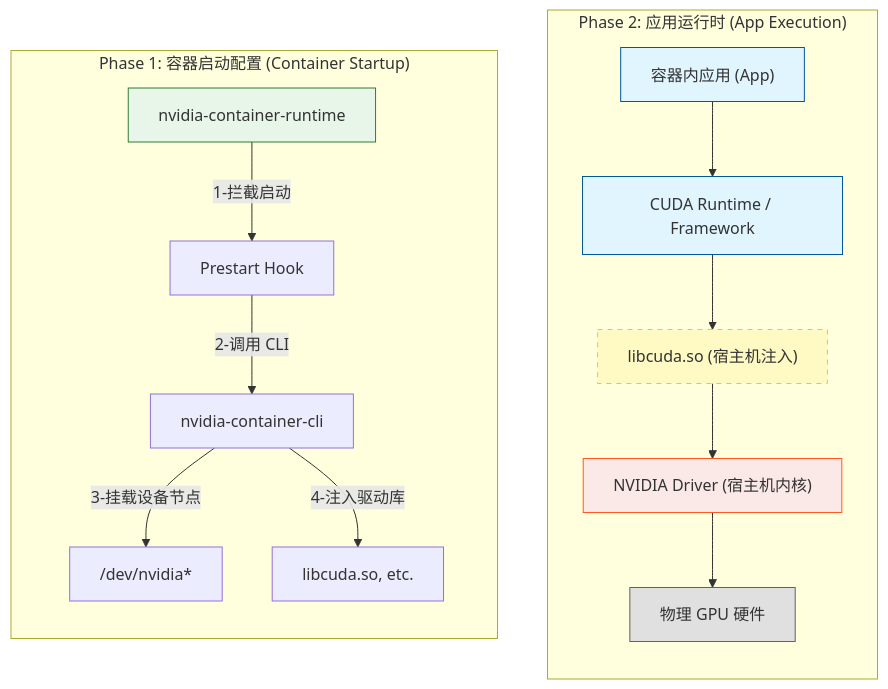
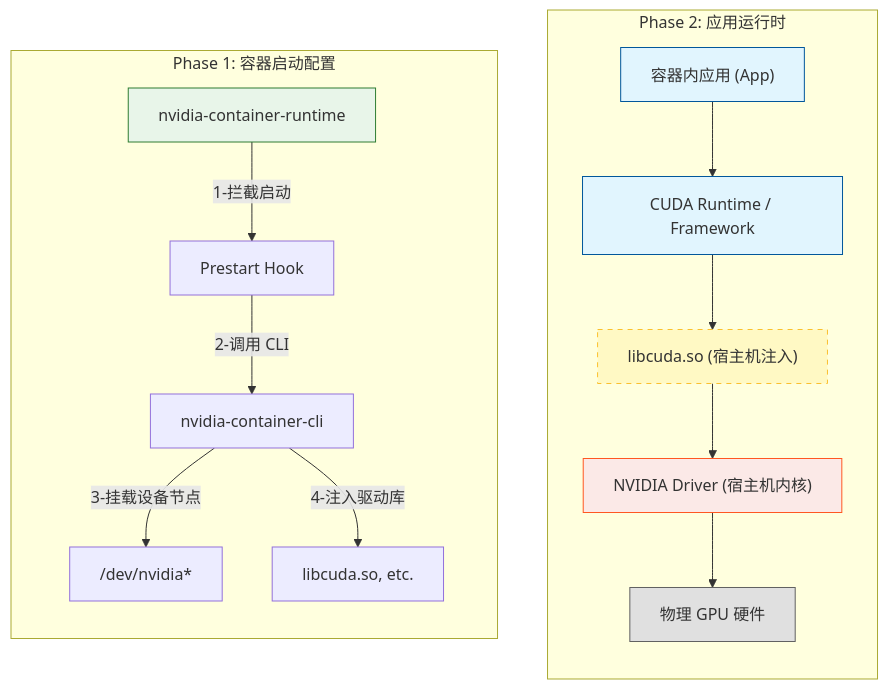
One commit to ForceInjection/AI-fundamentals changed the diagram in 02_gpu_programming/environment/nvidia_container_setup.md. Above: the diagram before and after it, drawn with Mermaid. The commit also changed other lines of this file, not shown here.

Commit message:
change title

````diff
--- a/02_gpu_programming/environment/nvidia_container_setup.md
+++ b/02_gpu_programming/environment/nvidia_container_setup.md
@@ -212,28 +212,28 @@
 ```mermaid
 graph LR
-    subgraph Startup ["Phase 1: 容器启动配置 (Container Startup)"]
+    subgraph Startup ["Phase 1: 容器启动配置"]
     direction TB
     CR[nvidia-container-runtime] -- "1-拦截启动" --> Hook[Prestart Hook]
     Hook -- "2-调用 CLI" --> CLI[nvidia-container-cli]
     CLI -- "3-挂载设备节点" --> Dev["/dev/nvidia*"]
     CLI -- "4-注入驱动库" --> Libs["libcuda.so, etc."]
     end
 
-    subgraph Execution ["Phase 2: 应用运行时 (App Execution)"]
+    subgraph Execution ["Phase 2: 应用运行时"]
     direction TB
     App["容器内应用 (App)"] --> Framework[CUDA Runtime / Framework]
     Framework --> LibCUDA["libcuda.so (宿主机注入)"]
     LibCUDA --> Driver["NVIDIA Driver (宿主机内核)"]
     Driver --> GPU[物理 GPU 硬件]
     end
 
     %% Visual separation or connection (Optional)
     Startup ~~~ Execution
 
     style App fill:#e1f5fe,stroke:#01579b
     style Framework fill:#e1f5fe,stroke:#01579b
     style LibCUDA fill:#fff9c4,stroke:#fbc02d,stroke-dasharray: 5 5
     style Driver fill:#fbe9e7,stroke:#ff5722
     style GPU fill:#e0e0e0,stroke:#616161
     style CR fill:#e8f5e9,stroke:#2e7d32
 ```
````
